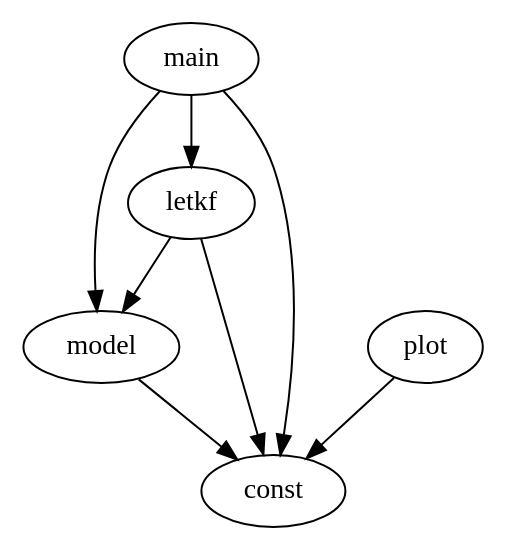
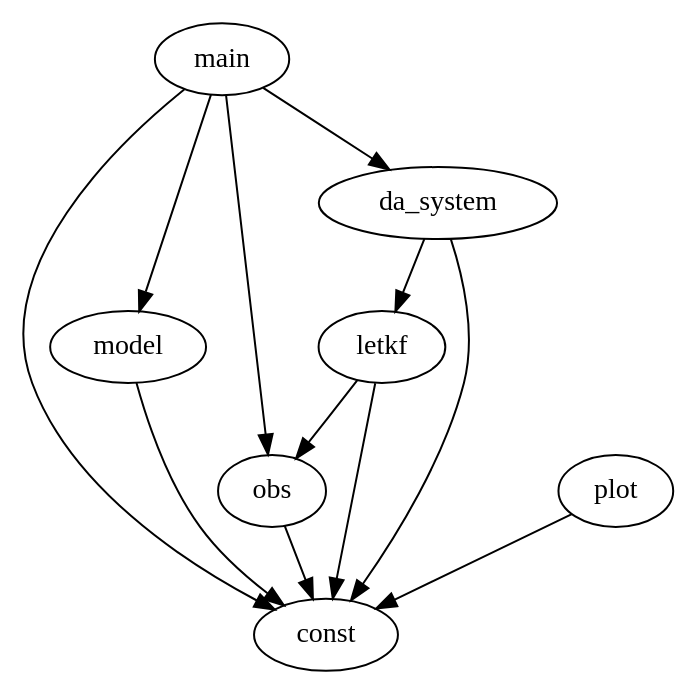
One commit to ysdtkm/DA_testbed changed the diagram in works/2017/unified_da/documentation/graph.dot. Above: the diagram before and after it, drawn with Graphviz. The commit also changed 3 other files, not shown here.

```diff
--- a/works/2017/unified_da/documentation/graph.dot
+++ b/works/2017/unified_da/documentation/graph.dot
@@ -1,9 +1,13 @@
 digraph {
-    letkf -> model;
+    letkf -> obs;
     letkf -> const;
     main -> const;
     main -> model;
-    main -> letkf;
+    main -> da_system;
+    main -> obs;
     model -> const;
     plot -> const;
+    da_system -> const;
+    da_system -> letkf;
+    obs -> const;
 }
```
